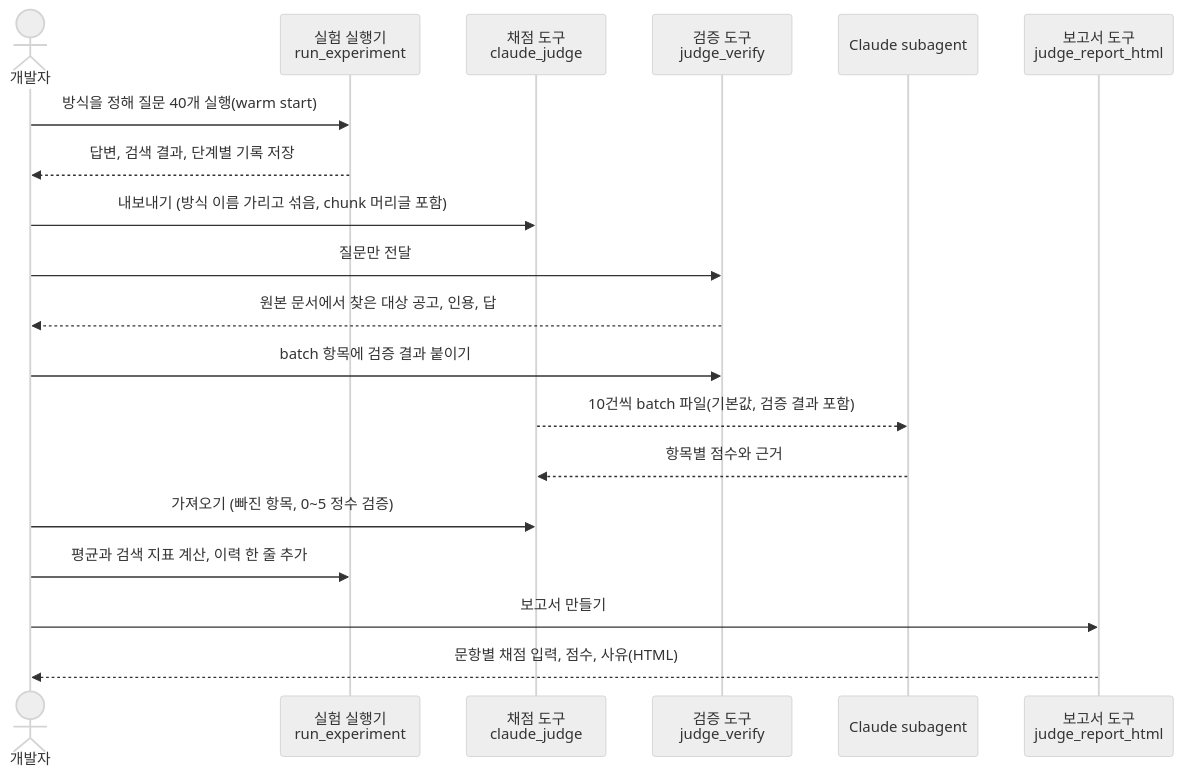
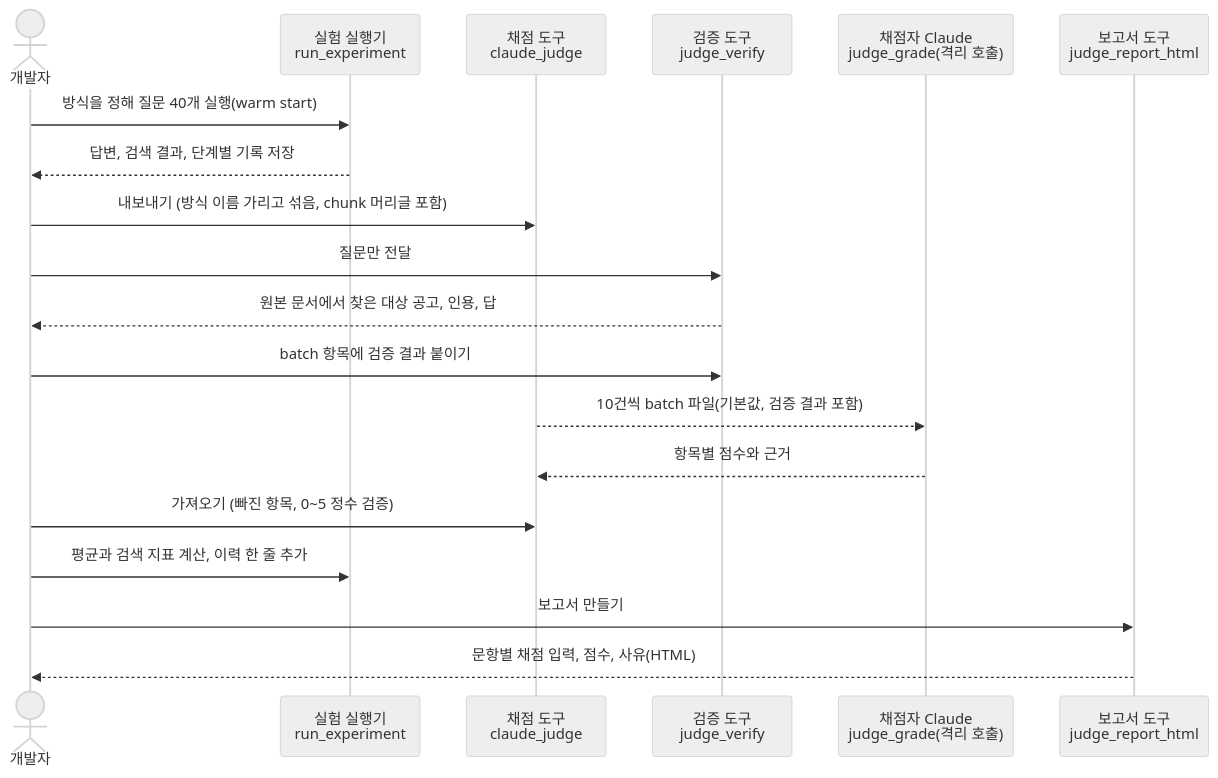
One commit to adover134/hierarchical-md-rag changed the second of 2 diagrams in docs/06_평가.md. Above: the diagram before and after it, drawn with Mermaid (neutral theme). The commit also changed 92 other files, not shown here.

````diff
--- a/docs/06_평가.md
+++ b/docs/06_평가.md
@@ -42,22 +42,22 @@
 ```mermaid
 sequenceDiagram
     actor 개발자
     participant R as 실험 실행기<br/>run_experiment
     participant J as 채점 도구<br/>claude_judge
     participant V as 검증 도구<br/>judge_verify
-    participant C as Claude subagent
+    participant C as 채점자 Claude<br/>judge_grade(격리 호출)
     participant G as 보고서 도구<br/>judge_report_html
 
     개발자->>R: 방식을 정해 질문 40개 실행(warm start)
     R-->>개발자: 답변, 검색 결과, 단계별 기록 저장
     개발자->>J: 내보내기 (방식 이름 가리고 섞음, chunk 머리글 포함)
     개발자->>V: 질문만 전달
     V-->>개발자: 원본 문서에서 찾은 대상 공고, 인용, 답
     개발자->>V: batch 항목에 검증 결과 붙이기
     J-->>C: 10건씩 batch 파일(기본값, 검증 결과 포함)
     C-->>J: 항목별 점수와 근거
     개발자->>J: 가져오기 (빠진 항목, 0~5 정수 검증)
     개발자->>R: 평균과 검색 지표 계산, 이력 한 줄 추가
     개발자->>G: 보고서 만들기
     G-->>개발자: 문항별 채점 입력, 점수, 사유(HTML)
 ```
````
